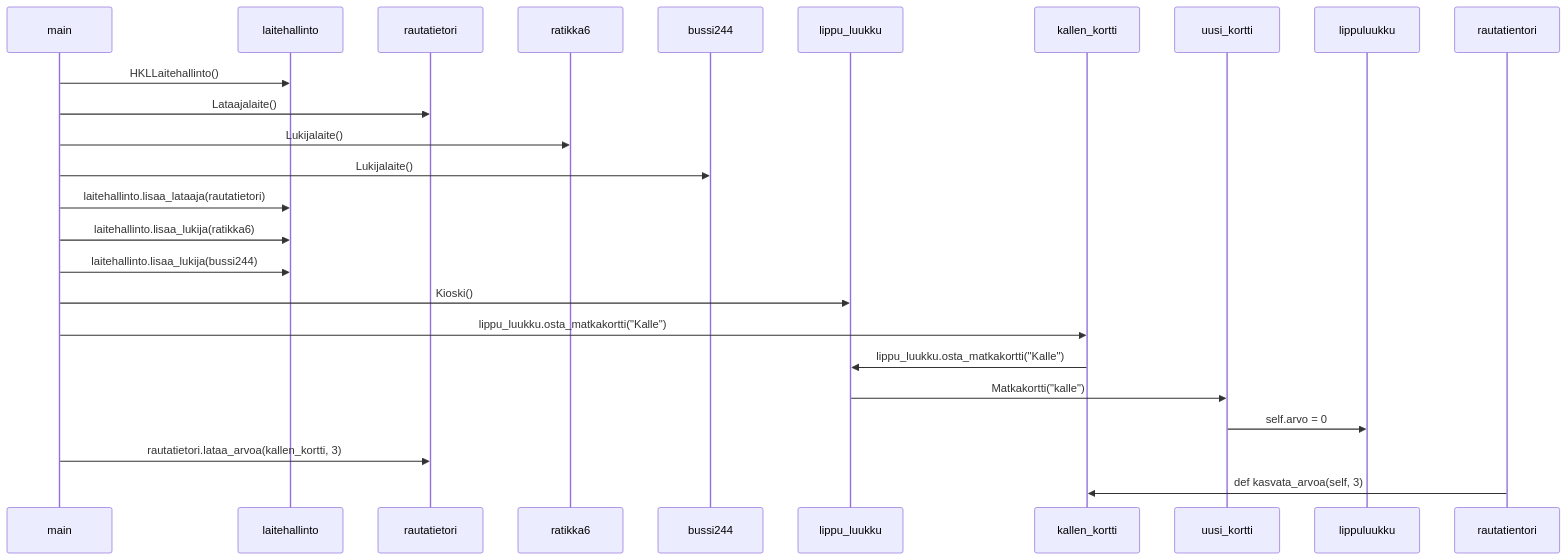
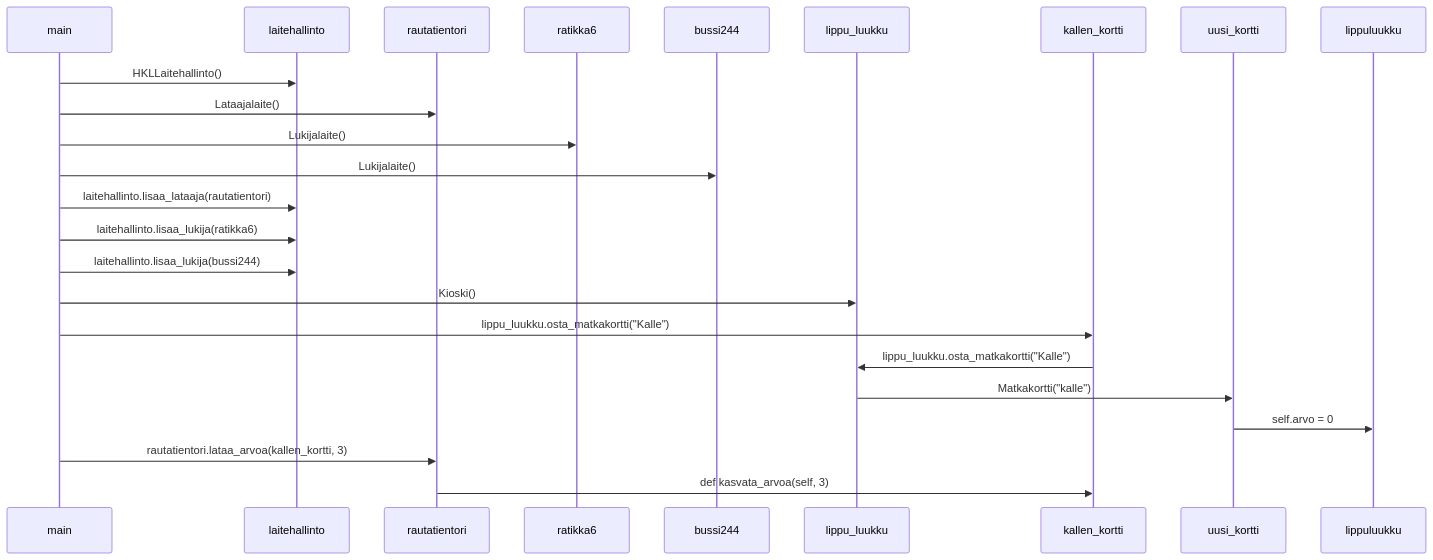
Before and after one commit to kodtld/TravelHub: the diagram in laskarit/viikko3/teht_4_sekvenssikaavio.md, drawn with Mermaid.

````diff
--- a/laskarit/viikko3/teht_4_sekvenssikaavio.md
+++ b/laskarit/viikko3/teht_4_sekvenssikaavio.md
@@ -1,18 +1,18 @@
 ```mermaid
  sequenceDiagram
      main->>laitehallinto: HKLLaitehallinto()
-     main->>rautatietori : Lataajalaite()
+     main->>rautatientori : Lataajalaite()
      main->>ratikka6 : Lukijalaite()
      main->>bussi244 : Lukijalaite()
-     main->>laitehallinto: laitehallinto.lisaa_lataaja(rautatietori)
+     main->>laitehallinto: laitehallinto.lisaa_lataaja(rautatientori)
      main->>laitehallinto: laitehallinto.lisaa_lukija(ratikka6)
      main->>laitehallinto: laitehallinto.lisaa_lukija(bussi244)
      main->>lippu_luukku: Kioski()
      main->>kallen_kortti: lippu_luukku.osta_matkakortti("Kalle")
      kallen_kortti->>lippu_luukku: lippu_luukku.osta_matkakortti("Kalle")
      lippu_luukku->>uusi_kortti: Matkakortti("kalle")
      uusi_kortti->>lippuluukku: self.arvo = 0
-     main->>rautatietori : rautatietori.lataa_arvoa(kallen_kortti, 3)
+     main->>rautatientori : rautatientori.lataa_arvoa(kallen_kortti, 3)
      rautatientori->>kallen_kortti: def kasvata_arvoa(self, 3)
 
 ```
````
